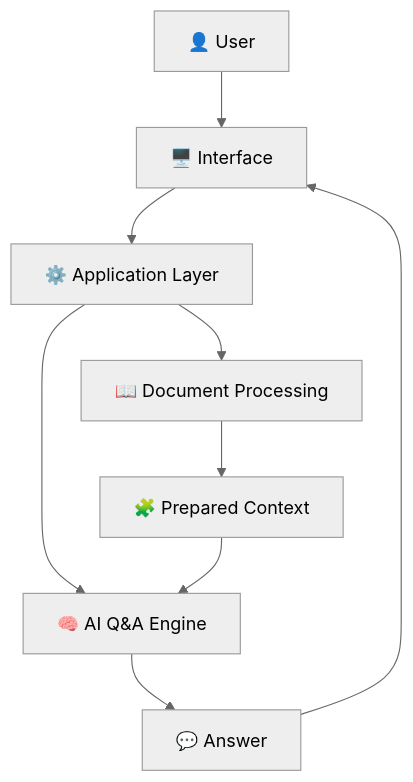
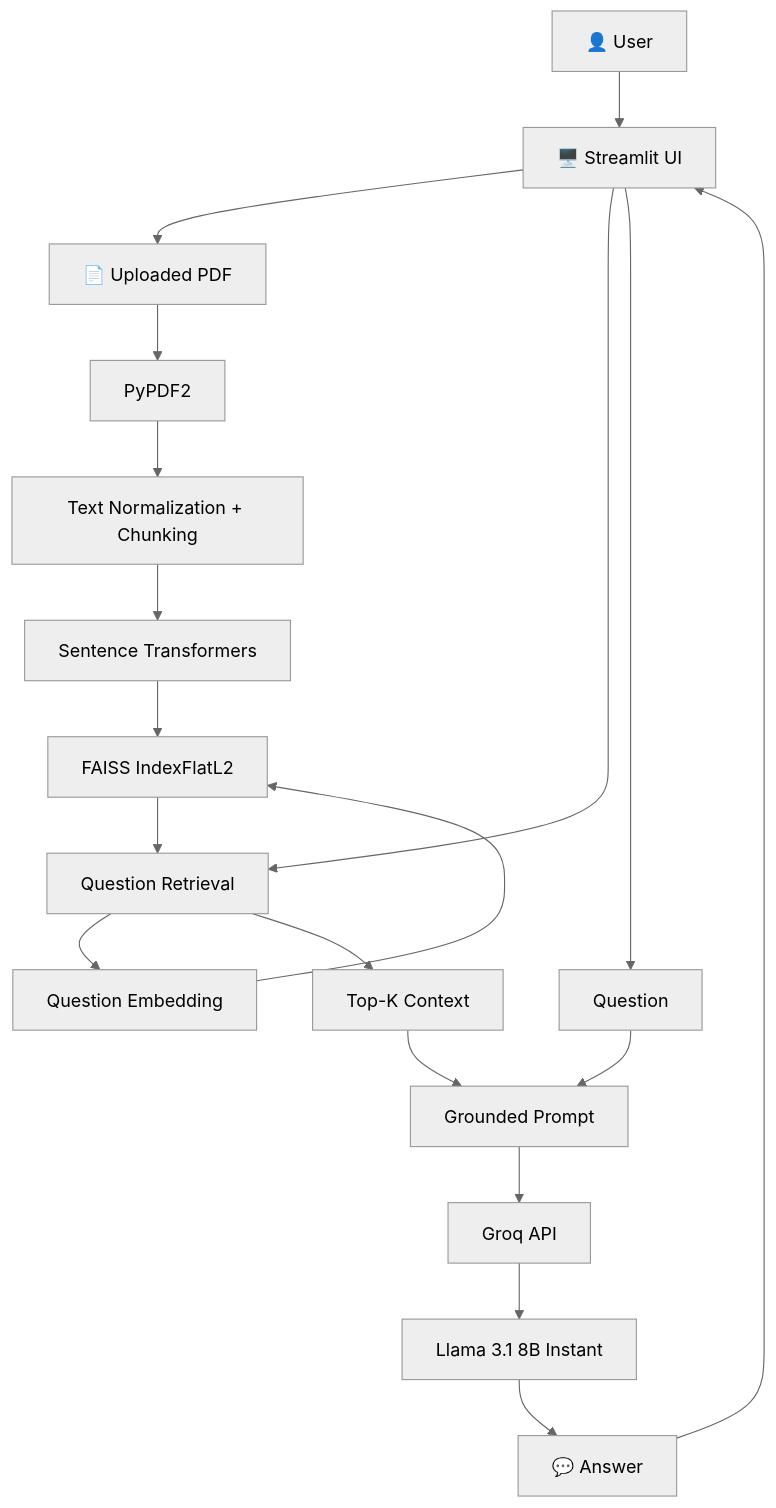
The second of 2 diagrams in README.md (Priyanshu710-ui/-AI-Powered-PDF-Q-A-Tool), drawn with Mermaid (neutral theme) before and after one commit. The commit also changed other lines of this file, not shown here.

````diff
--- a/README.md
+++ b/README.md
@@ -41,11 +77,23 @@
 ```mermaid
 flowchart TB
-    U[👤 User] --> UI[🖥️ Interface]
-    UI --> APP[⚙️ Application Layer]
-    APP --> PDF[📖 Document Processing]
-    PDF --> CTX[🧩 Prepared Context]
-    APP --> AI[🧠 AI Q&A Engine]
-    CTX --> AI
-    AI --> ANS[💬 Answer]
+    U[👤 User] --> UI[🖥️ Streamlit UI]
+    UI --> PDF[📄 Uploaded PDF]
+    PDF --> EXT[PyPDF2]
+    EXT --> CH[Text Normalization + Chunking]
+    CH --> EMB[Sentence Transformers]
+    EMB --> IDX[FAISS IndexFlatL2]
+
+    UI --> RET[Question Retrieval]
+    RET --> EMBQ[Question Embedding]
+    EMBQ --> IDX
+    IDX --> RET
+    RET --> CTX[Top-K Context]
+
+    UI --> Q[Question]
+    Q --> PROMPT[Grounded Prompt]
+    CTX --> PROMPT
+    PROMPT --> GROQ[Groq API]
+    GROQ --> LLM[Llama 3.1 8B Instant]
+    LLM --> ANS[💬 Answer]
     ANS --> UI
 ```
````
